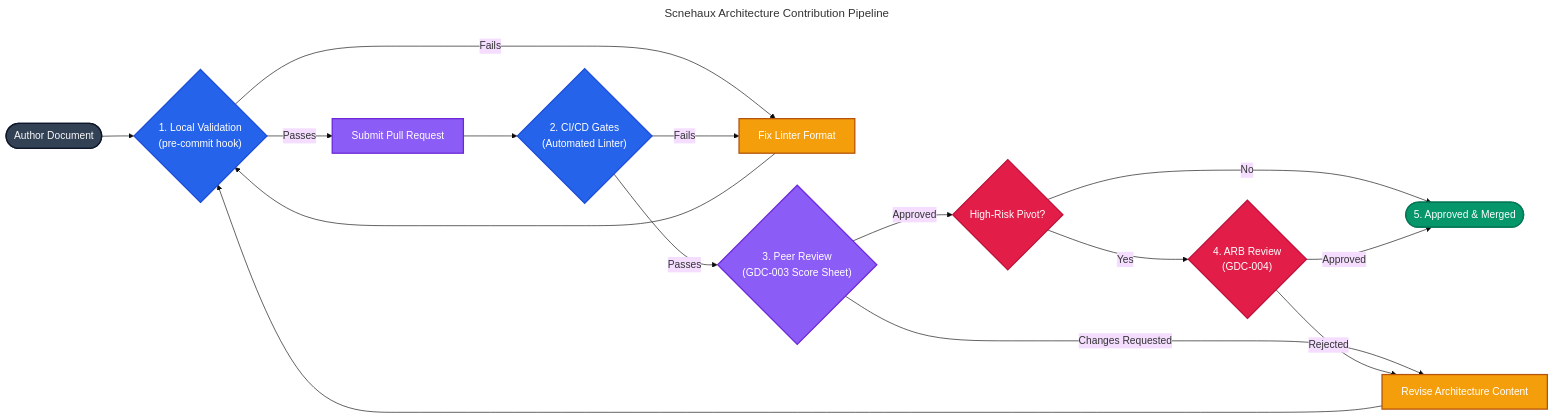
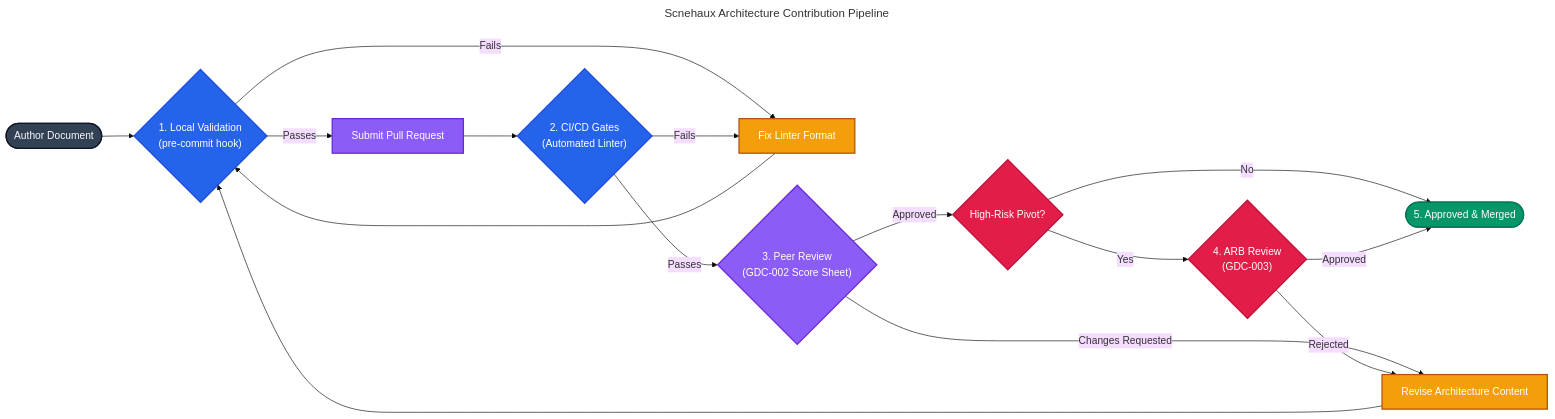
One commit to anshacerbia2/scnehaux-architecture changed the diagram in CONTRIBUTING.md. Above: the diagram before and after it, drawn with Mermaid (base theme). The commit also changed other lines of this file and 169 other files, not shown here.

````diff
--- a/CONTRIBUTING.md
+++ b/CONTRIBUTING.md
@@ -28,33 +29,33 @@
 ```mermaid
 ---
 title: Scnehaux Architecture Contribution Pipeline
 ---
 flowchart LR
    %% Styling Classes
    classDef startEnd fill:#334155,stroke:#0F172A,stroke-width:2px,color:#F8FAFC,rx:20px,ry:20px
    classDef automated fill:#2563EB,stroke:#1D4ED8,stroke-width:2px,color:#FFFFFF
    classDef manual fill:#8B5CF6,stroke:#6D28D9,stroke-width:2px,color:#FFFFFF
    classDef critical fill:#E11D48,stroke:#BE123C,stroke-width:2px,color:#FFFFFF
    classDef success fill:#059669,stroke:#047857,stroke-width:2px,color:#FFFFFF,rx:20px,ry:20px
    classDef remediation fill:#F59E0B,stroke:#B45309,stroke-width:2px,color:#FFFFFF
 
    Start([Author Document]):::startEnd --> LocalLinter{"1. Local Validation<br>(pre-commit hook)"}:::automated
 
    LocalLinter -- Fails --> FixMachine[Fix Linter Format]:::remediation
    FixMachine --> LocalLinter
    LocalLinter -- Passes --> PR[Submit Pull Request]:::manual
 
    PR --> CIGates{"2. CI/CD Gates<br>(Automated Linter)"}:::automated
    CIGates -- Fails --> FixMachine
 
-   CIGates -- Passes --> PeerReview{"3. Peer Review<br>(GDC-003 Score Sheet)"}:::manual
+   CIGates -- Passes --> PeerReview{"3. Peer Review<br>(GDC-002 Score Sheet)"}:::manual
    PeerReview -- Changes Requested --> FixHuman[Revise Architecture Content]:::remediation
    FixHuman --> LocalLinter
 
    PeerReview -- Approved --> RiskCheck{"High-Risk Pivot?"}:::critical
-   RiskCheck -- Yes --> ARB{"4. ARB Review<br>(GDC-004)"}:::critical
+   RiskCheck -- Yes --> ARB{"4. ARB Review<br>(GDC-003)"}:::critical
    RiskCheck -- No --> Merge([5. Approved & Merged]):::success
 
    ARB -- Approved --> Merge
    ARB -- Rejected --> FixHuman
 ```
````
